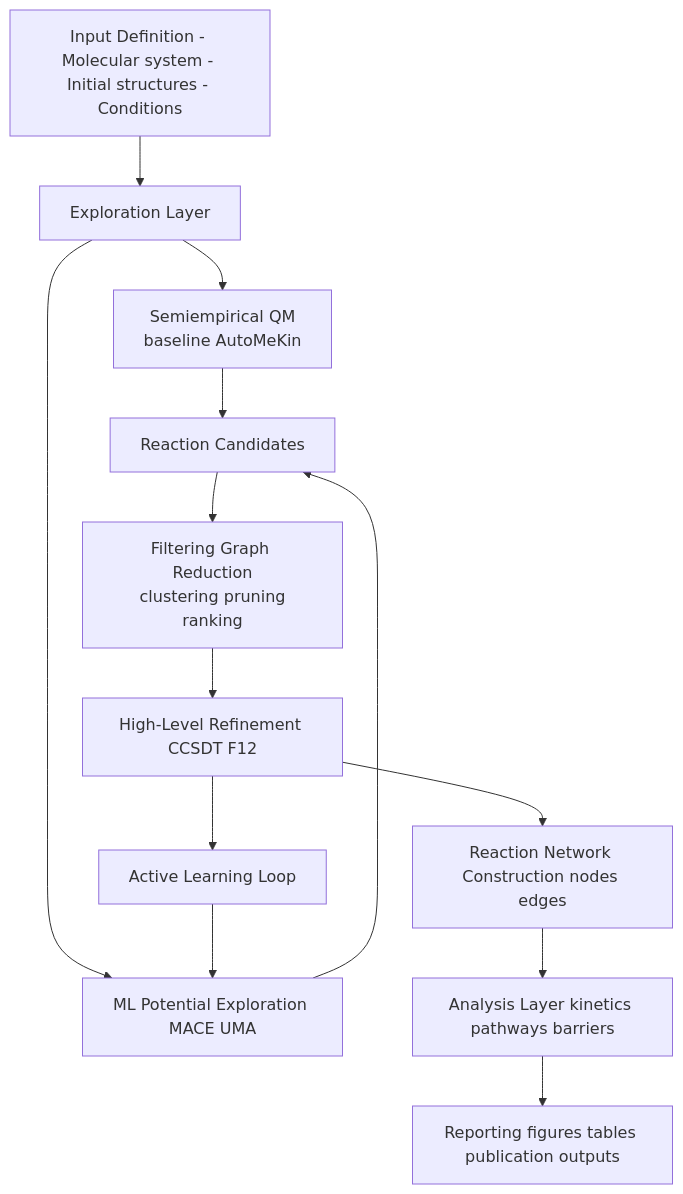
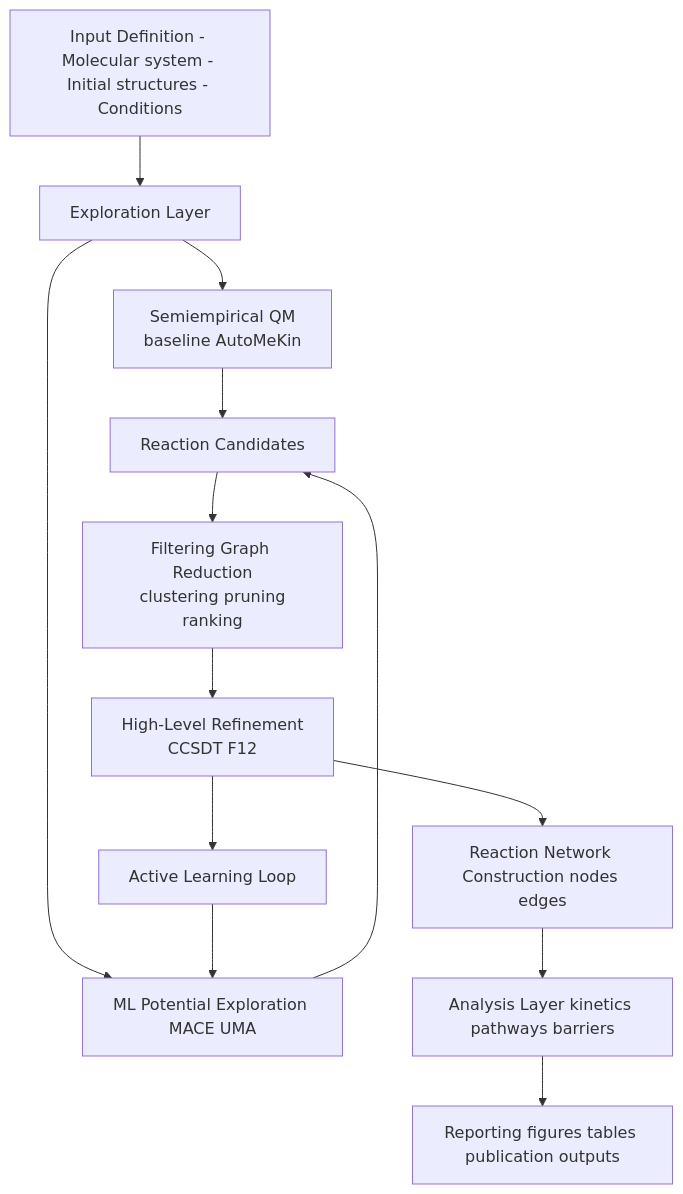
Before and after one commit to emartineznunez/mermaid: the diagram in diagrams/diagrama.mmd, drawn with Mermaid.

```diff
--- a/diagrams/diagrama.mmd
+++ b/diagrams/diagrama.mmd
@@ -1,22 +1,22 @@
 flowchart TD
 
 A[Input Definition - Molecular system - Initial structures - Conditions] --> B[Exploration Layer]
 
 B --> B1[Semiempirical QM\n baseline AutoMeKin]
 B --> B2[ML Potential Exploration MACE UMA]
 
 B1 --> C[Reaction Candidates]
 B2 --> C
 
 C --> D[Filtering Graph Reduction\n clustering pruning ranking]
 
-D --> E[High-Level Refinement CCSDT F12]
+D --> E[High-Level Refinement\n CCSDT F12]
 
 E --> F[Active Learning Loop]
 F --> B2
 
 E --> G[Reaction Network Construction nodes edges]
 
 G --> H[Analysis Layer kinetics pathways barriers]
 
 H --> I[Reporting figures tables publication outputs]
```
